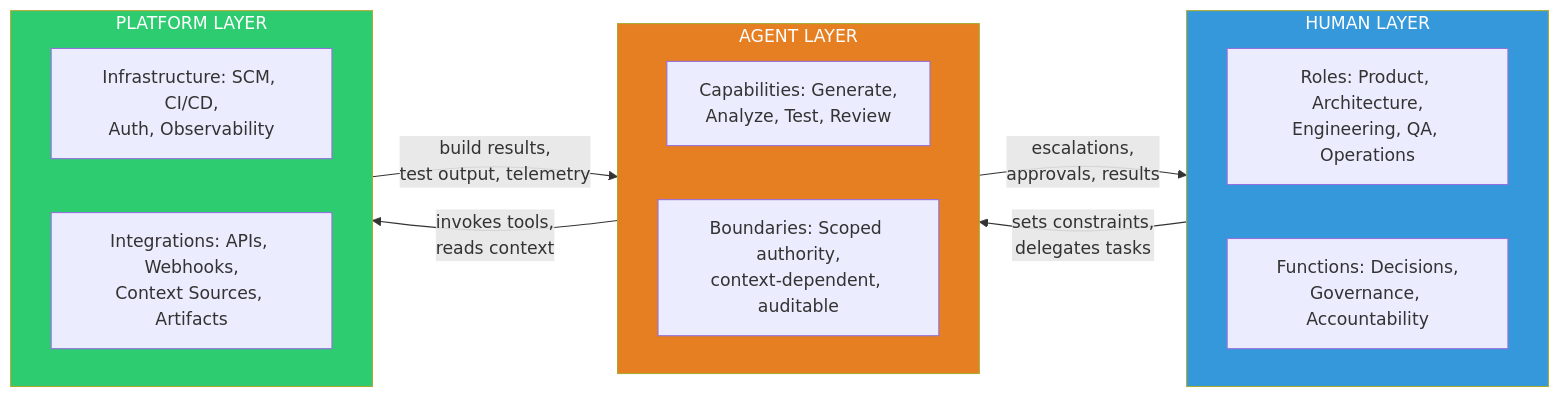
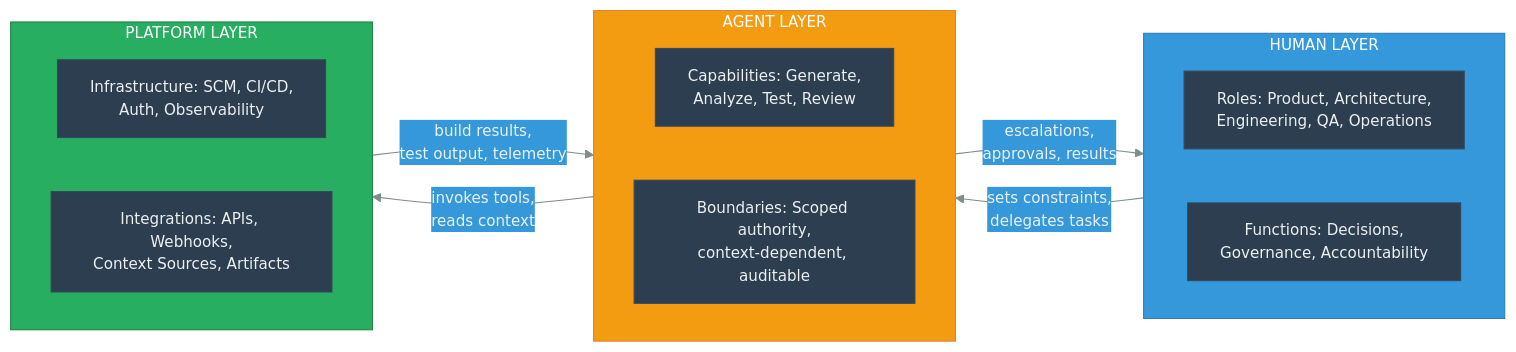
Before and after one commit to danielmeppiel/agentic-sdlc-handbook: the first of 2 diagrams in handbook/ch04-the-reference-architecture.qmd, drawn with Mermaid. The commit also changed other lines of this file and 20 other files, not shown here.

First line of the commit message:
feat: add accessibility metadata and consistent theme to all 35 diagrams

````diff
--- a/handbook/ch04-the-reference-architecture.qmd
+++ b/handbook/ch04-the-reference-architecture.qmd
@@ -21,30 +21,34 @@
 ```{mermaid}
 %%| fig-width: 5.0
+%%| fig-cap: "The three-layer reference architecture: Human, Agent, Platform"
+%%| fig-alt: "A left-to-right flowchart showing three layers of the reference architecture. The Human Layer contains Roles (Product, Architecture, Engineering, QA, Operations) and Functions (Decisions, Governance, Accountability). The Agent Layer contains Capabilities (Generate, Analyze, Test, Review) and Boundaries (Scoped authority, context-dependent, auditable). The Platform Layer contains Infrastructure (SCM, CI/CD, Auth, Observability) and Integrations (APIs, Webhooks, Context Sources, Artifacts). Bidirectional arrows show: Human sets constraints and delegates tasks to Agent, Agent sends escalations, approvals, and results back to Human, Agent invokes tools and reads context from Platform, and Platform returns build results, test output, and telemetry to Agent."
+%%| label: fig-three-layers
+%%{init: {'theme': 'base', 'themeVariables': {'primaryColor': '#2c3e50', 'primaryTextColor': '#ecf0f1', 'primaryBorderColor': '#34495e', 'lineColor': '#7f8c8d', 'secondaryColor': '#3498db', 'tertiaryColor': '#ecf0f1', 'fontSize': '14px'}}}%%
 flowchart LR
     subgraph HUMAN ["HUMAN LAYER"]
         direction LR
         HR["Roles: Product, Architecture,<br/>Engineering, QA, Operations"]
         HF["Functions: Decisions,<br/>Governance, Accountability"]
     end
 
     subgraph AGENT ["AGENT LAYER"]
         direction LR
         AC["Capabilities: Generate,<br/>Analyze, Test, Review"]
         AB["Boundaries: Scoped authority,<br/>context-dependent, auditable"]
     end
 
     subgraph PLATFORM ["PLATFORM LAYER"]
         direction LR
         PI["Infrastructure: SCM, CI/CD,<br/>Auth, Observability"]
         PN["Integrations: APIs, Webhooks,<br/>Context Sources, Artifacts"]
     end
 
     HUMAN -- "sets constraints,<br/>delegates tasks" --> AGENT
     AGENT -- "escalations,<br/>approvals, results" --> HUMAN
     AGENT -- "invokes tools,<br/>reads context" --> PLATFORM
     PLATFORM -- "build results,<br/>test output, telemetry" --> AGENT
 
-    style HUMAN fill:#3498db,color:#fff
-    style AGENT fill:#e67e22,color:#fff
-    style PLATFORM fill:#2ecc71,color:#fff
+    style HUMAN fill:#3498db,stroke:#2980b9,color:#fff
+    style AGENT fill:#f39c12,stroke:#e67e22,color:#fff
+    style PLATFORM fill:#27ae60,stroke:#1e8449,color:#fff
 ```
````
